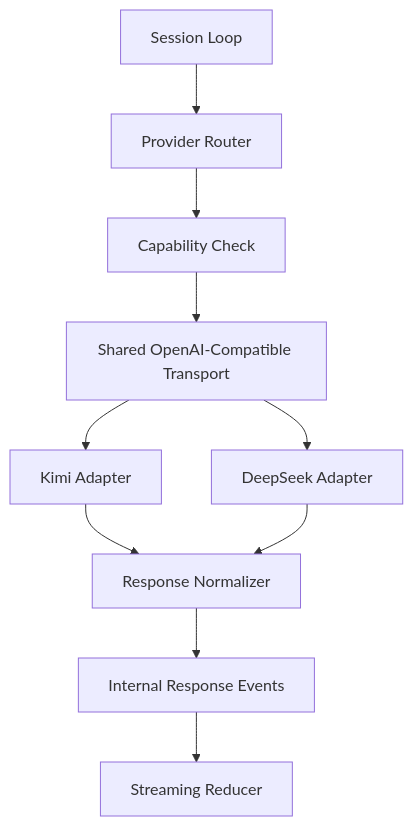
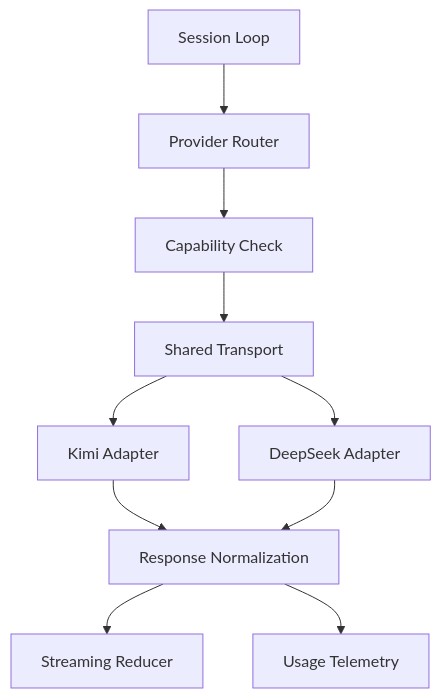
The diagram in plan/agent-core-provider-strategy.md (artsmi/ailit-agent), drawn with Mermaid before and after one commit. The commit also changed other lines of this file and 4 other files, not shown here.

````diff
--- a/plan/agent-core-provider-strategy.md
+++ b/plan/agent-core-provider-strategy.md
@@ -67,12 +98,12 @@
 ```mermaid
 flowchart TD
     SessionLoop["Session Loop"] --> ProviderRouter["Provider Router"]
     ProviderRouter --> CapabilityCheck["Capability Check"]
-    CapabilityCheck --> SharedTransport["Shared OpenAI-Compatible Transport"]
+    CapabilityCheck --> SharedTransport["Shared Transport"]
     SharedTransport --> KimiAdapter["Kimi Adapter"]
     SharedTransport --> DeepSeekAdapter["DeepSeek Adapter"]
-    KimiAdapter --> ResponseNormalizer["Response Normalizer"]
-    DeepSeekAdapter --> ResponseNormalizer
-    ResponseNormalizer --> InternalEvents["Internal Response Events"]
-    InternalEvents --> StreamReducer["Streaming Reducer"]
+    KimiAdapter --> ResponseNormalization["Response Normalization"]
+    DeepSeekAdapter --> ResponseNormalization
+    ResponseNormalization --> StreamReducer["Streaming Reducer"]
+    ResponseNormalization --> UsageTelemetry["Usage Telemetry"]
 ```
````
